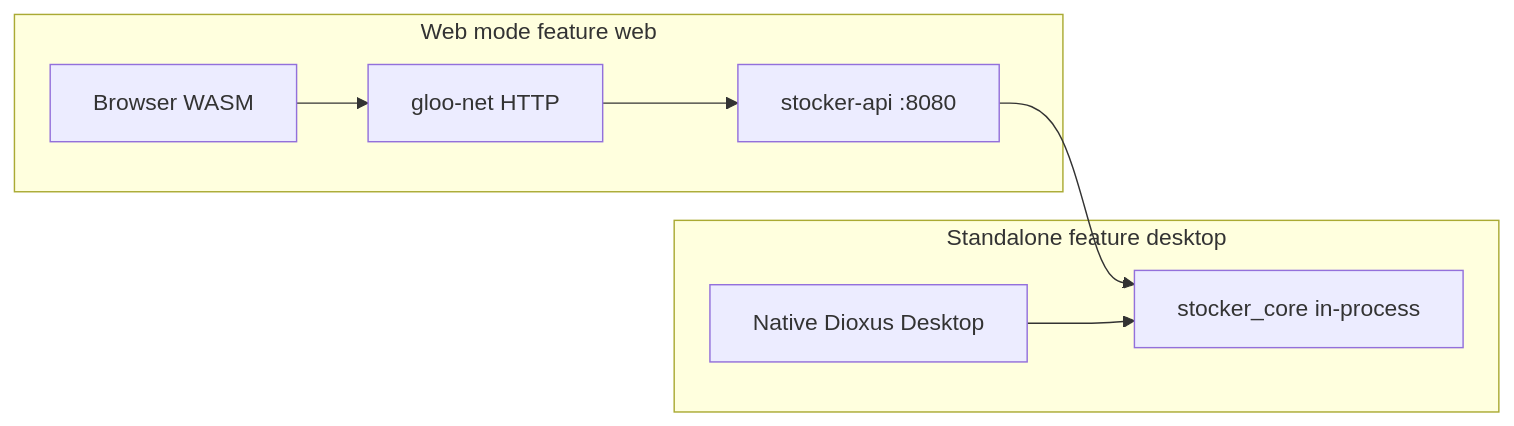
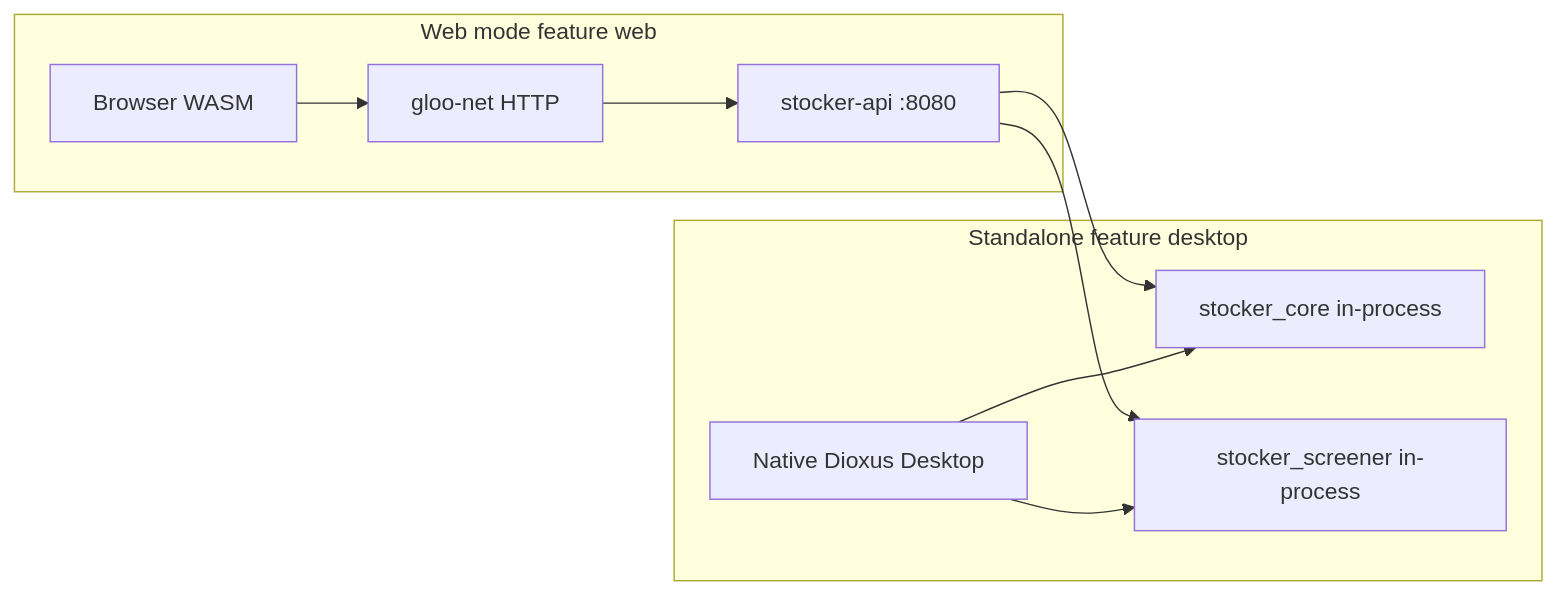
The second of 6 diagrams in docs/KNOWLEDGE_GRAPH.md (devendermishra/stocker), drawn with Mermaid before and after one commit. The commit also changed other lines of this file and 2 other files, not shown here.

````diff
--- a/docs/KNOWLEDGE_GRAPH.md
+++ b/docs/KNOWLEDGE_GRAPH.md
@@ -93,16 +155,20 @@
 ```mermaid
 flowchart LR
   subgraph webMode [Web mode feature web]
     Browser[Browser WASM]
     Gloo[gloo-net HTTP]
     API[stocker-api :8080]
   end
 
   subgraph deskMode [Standalone feature desktop]
     Native[Native Dioxus Desktop]
     CoreDirect[stocker_core in-process]
+    ScreenerDirect[stocker_screener in-process]
   end
 
-  Browser --> Gloo --> API --> CoreDirect
+  Browser --> Gloo --> API
+  API --> CoreDirect
+  API --> ScreenerDirect
   Native --> CoreDirect
+  Native --> ScreenerDirect
 ```
````
